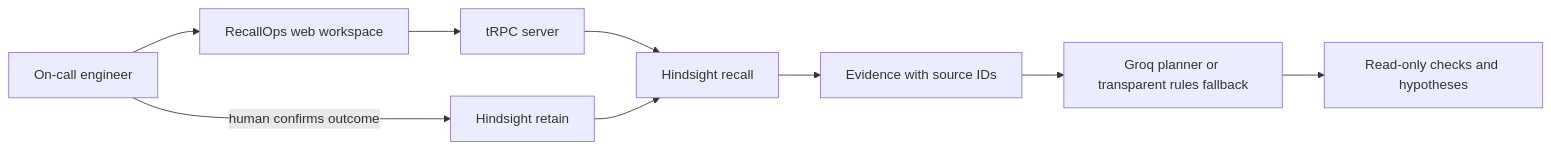
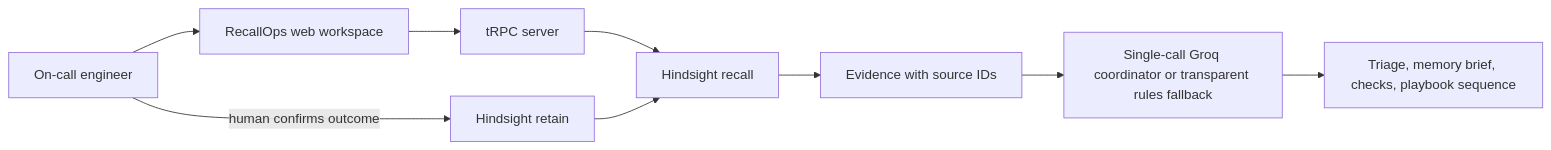
One commit to sungjenwoo/RecallOps-manus changed the diagram in README.md. Above: the diagram before and after it, drawn with Mermaid. The commit also changed other lines of this file and 9 other files, not shown here.

Commit message:
feat: add single-call incident specialist coordinator

````diff
--- a/README.md
+++ b/README.md
@@ -35,11 +35,11 @@
 ```mermaid
 flowchart LR
   U[On-call engineer] --> UI[RecallOps web workspace]
   UI --> API[tRPC server]
   API --> R[Hindsight recall]
   R --> E[Evidence with source IDs]
-  E --> G[Groq planner or transparent rules fallback]
-  G --> P[Read-only checks and hypotheses]
+  E --> G[Single-call Groq coordinator or transparent rules fallback]
+  G --> P[Triage, memory brief, checks, playbook sequence]
   U -->|human confirms outcome| T[Hindsight retain]
   T --> R
 ```
````
